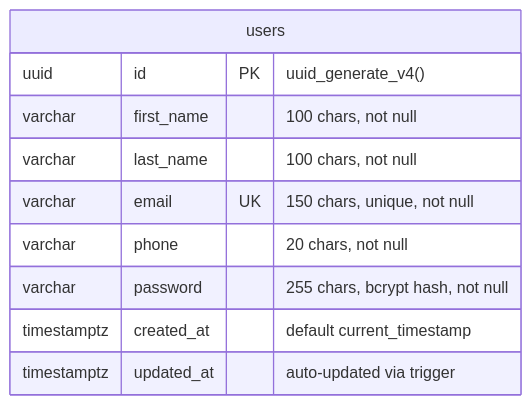
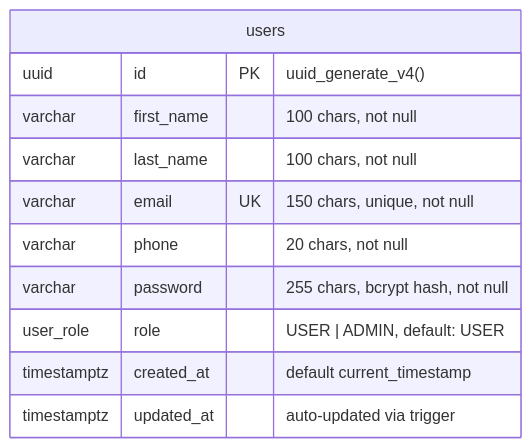
The third of 3 diagrams in README.md (Abhishhek-Verma/yaloric-assignment), drawn with Mermaid before and after one commit. The commit also changed other lines of this file and 18 other files, not shown here.

Commit message:
feat: add role-based access control (RBAC), authentication guards, and admin dashboard UI

````diff
--- a/README.md
+++ b/README.md
@@ -103,13 +135,14 @@
 ```mermaid
 erDiagram
     users {
         uuid id PK "uuid_generate_v4()"
         varchar first_name "100 chars, not null"
         varchar last_name "100 chars, not null"
         varchar email UK "150 chars, unique, not null"
         varchar phone "20 chars, not null"
         varchar password "255 chars, bcrypt hash, not null"
+        user_role role "USER | ADMIN, default: USER"
         timestamptz created_at "default current_timestamp"
         timestamptz updated_at "auto-updated via trigger"
     }
 ```
````
